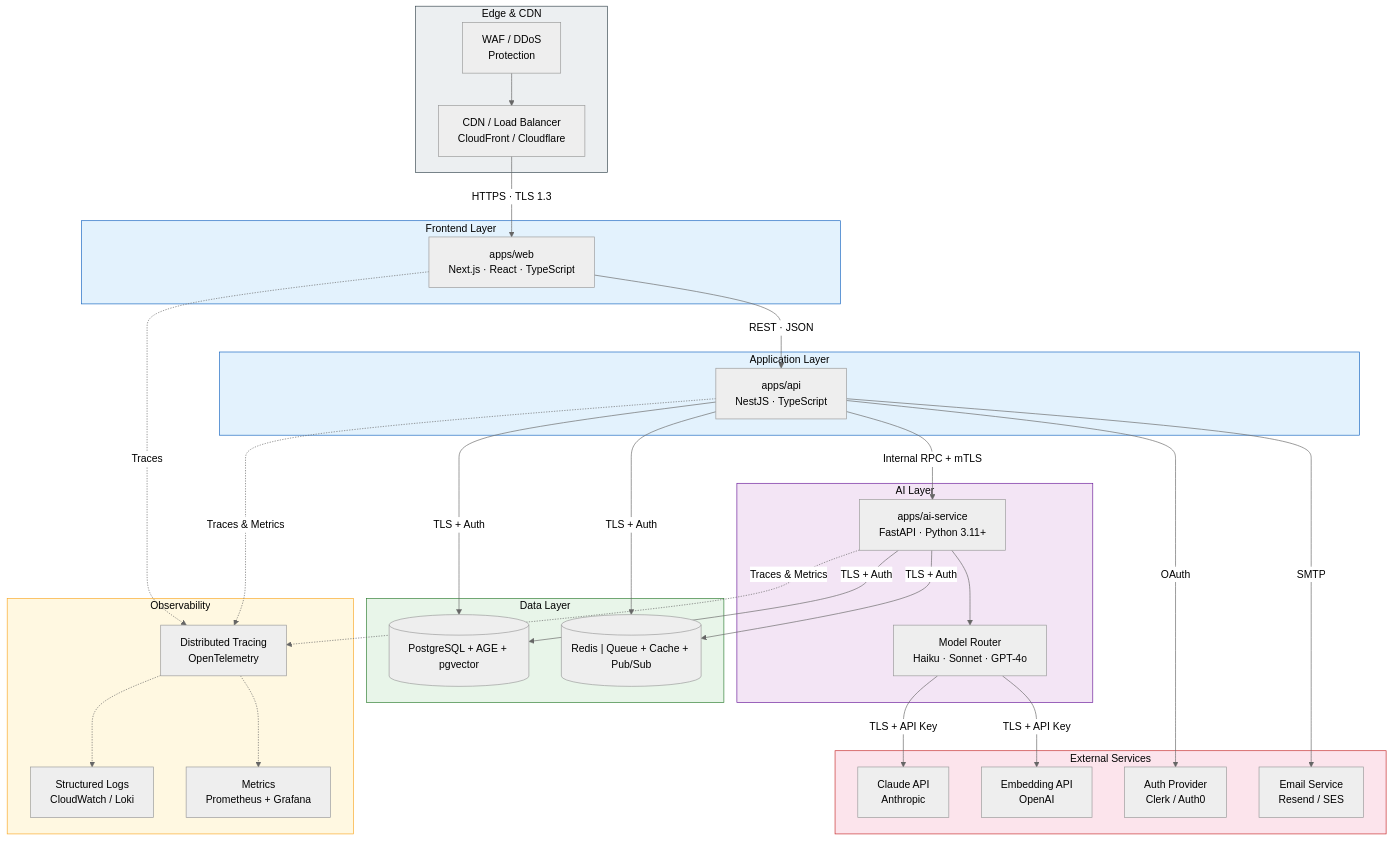
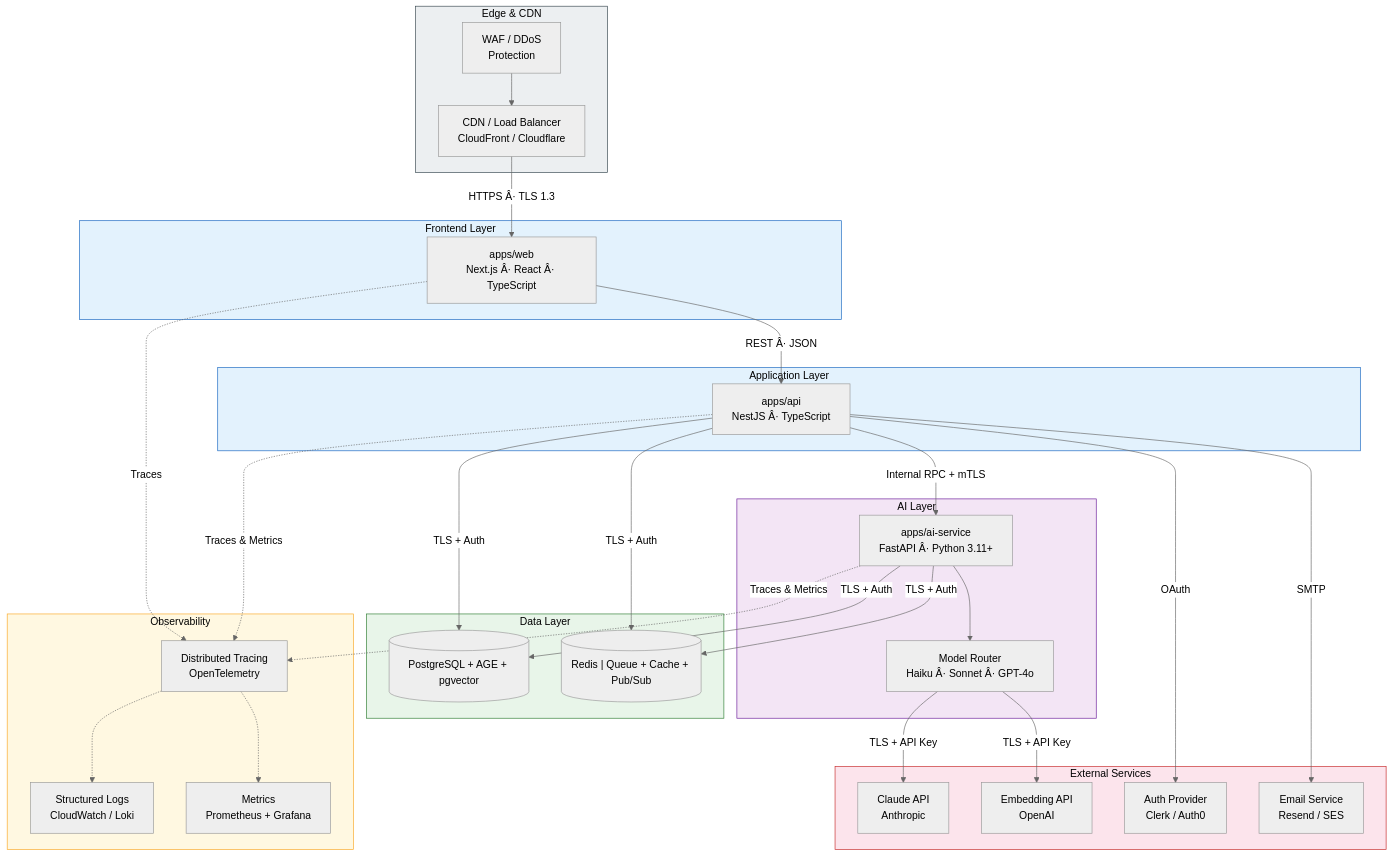
Before and after one commit to Driftloom/Vaeloom: the second of 4 diagrams in Docs/Architecture/System-Design.md, drawn with Mermaid (neutral theme). The commit also changed other lines of this file and 249 other files, not shown here.

````diff
--- a/Docs/Architecture/System-Design.md
+++ b/Docs/Architecture/System-Design.md
@@ -143,81 +143,81 @@
 ```mermaid
 graph TB
     subgraph Edge["Edge & CDN"]
         LB["CDN / Load Balancer<br/>CloudFront / Cloudflare"]
         WAF["WAF / DDoS<br/>Protection"]
     end
 
     subgraph Frontend["Frontend Layer"]
-        Web["apps/web<br/>Next.js · React · TypeScript"]
+        Web["apps/web<br/>Next.js Â· React Â· TypeScript"]
     end
 
     subgraph API_Layer["Application Layer"]
-        API["apps/api<br/>NestJS · TypeScript"]
+        API["apps/api<br/>NestJS Â· TypeScript"]
     end
 
     subgraph AI_Layer["AI Layer"]
-        AISvc["apps/ai-service<br/>FastAPI · Python 3.11+"]
-        Router["Model Router<br/>Haiku · Sonnet · GPT-4o"]
+        AISvc["apps/ai-service<br/>FastAPI Â· Python 3.11+"]
+        Router["Model Router<br/>Haiku Â· Sonnet Â· GPT-4o"]
     end
 
     subgraph Data["Data Layer"]
         PG[("PostgreSQL + AGE + pgvector")]
         Redis[("Redis | Queue + Cache + Pub/Sub")]
     end
 
     subgraph Observability["Observability"]
         Logs["Structured Logs<br/>CloudWatch / Loki"]
         Metrics["Metrics<br/>Prometheus + Grafana"]
         Tracing["Distributed Tracing<br/>OpenTelemetry"]
     end
 
     subgraph External["External Services"]
         Claude["Claude API<br/>Anthropic"]
         Embed["Embedding API<br/>OpenAI"]
         SSO["Auth Provider<br/>Clerk / Auth0"]
         Email["Email Service<br/>Resend / SES"]
     end
 
     %% Edge to Frontend
     WAF --> LB
-    LB -->|HTTPS · TLS 1.3| Web
+    LB -->|HTTPS Â· TLS 1.3| Web
 
     %% Frontend to API
-    Web -->|REST · JSON| API
+    Web -->|REST Â· JSON| API
 
     %% API to AI
     API -->|Internal RPC + mTLS| AISvc
 
     %% API to Data
     API -->|TLS + Auth| PG
     API -->|TLS + Auth| Redis
 
     %% AI to Data
     AISvc -->|TLS + Auth| PG
     AISvc -->|TLS + Auth| Redis
 
     %% AI to External
     AISvc --> Router
     Router -->|TLS + API Key| Claude
     Router -->|TLS + API Key| Embed
 
     %% API to External
     API -->|OAuth| SSO
     API -->|SMTP| Email
 
     %% Observability
     Web -.->|Traces| Tracing
     API -.->|Traces & Metrics| Tracing
     AISvc -.->|Traces & Metrics| Tracing
     Tracing -.-> Logs
     Tracing -.-> Metrics
 
     %% Styling
     style Edge fill:#eceff1,stroke:#37474f,color:#000
     style Frontend fill:#e3f2fd,stroke:#1565c0,color:#000
     style API_Layer fill:#e3f2fd,stroke:#1565c0,color:#000
     style AI_Layer fill:#f3e5f5,stroke:#6a1b9a,color:#000
     style Data fill:#e8f5e9,stroke:#2e7d32,color:#000
     style Observability fill:#fff8e1,stroke:#f9a825,color:#000
     style External fill:#fce4ec,stroke:#c62828,color:#000
 ```
````
